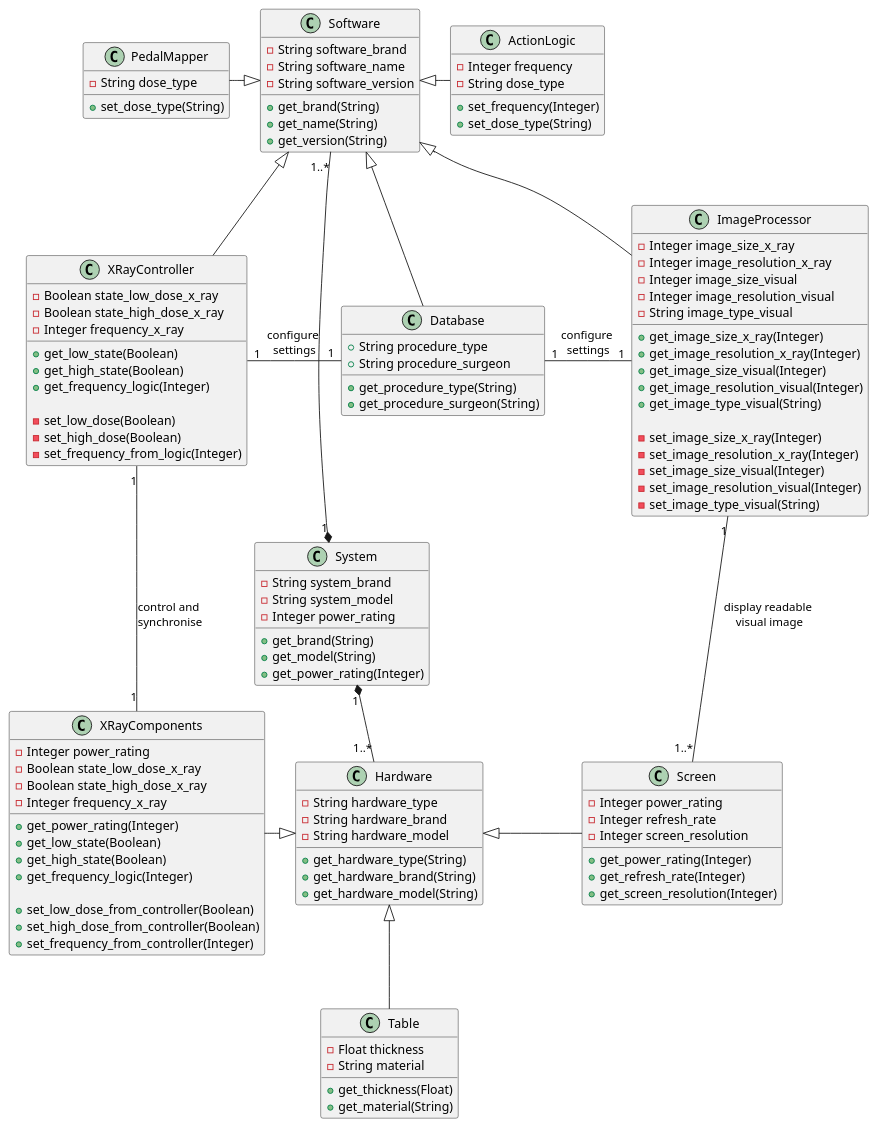
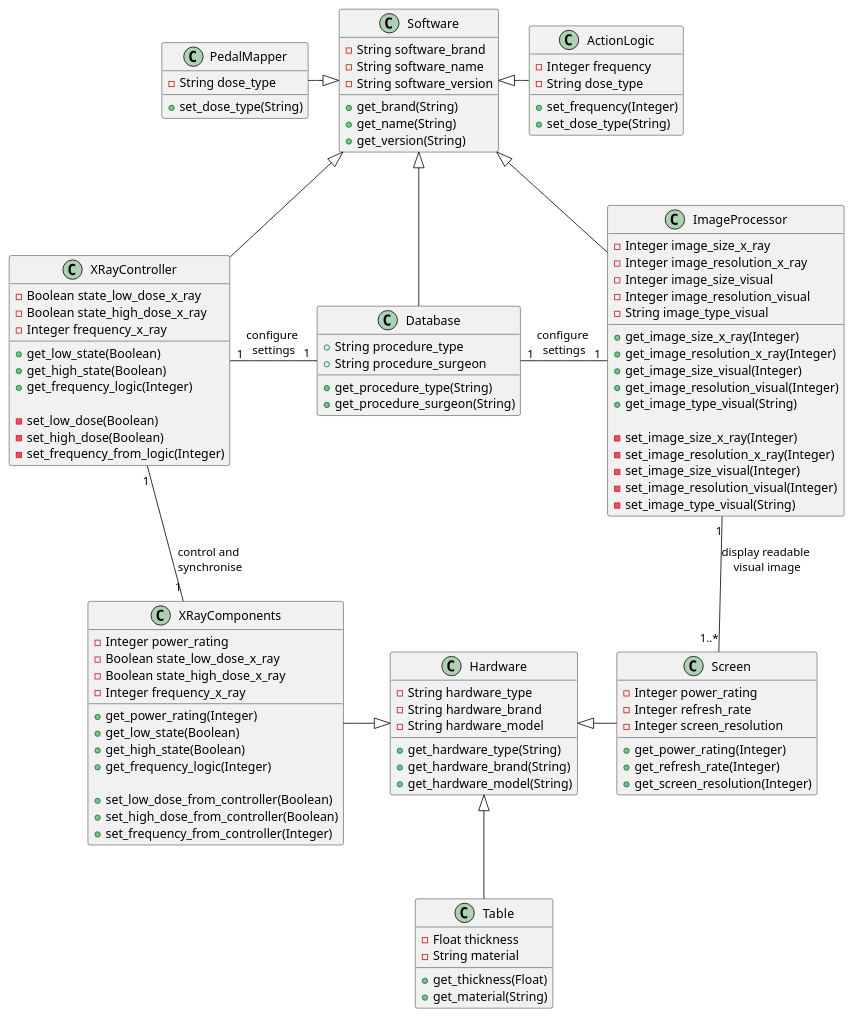
One commit to bartwc/SoftwareSystems changed the diagram in 4-uml/class-high-level.puml. Above: the diagram before and after it, drawn with PlantUML. The commit also changed 2 other files, not shown here.

```diff
--- a/4-uml/class-high-level.puml
+++ b/4-uml/class-high-level.puml
@@ -1,131 +1,121 @@
 @startuml class-high-level
-class System {
-    -String system_brand
-    -String system_model
-    -Integer power_rating
-    +get_brand(String)
-    +get_model(String)
-    +get_power_rating(Integer)
-}
 
 class Software {
     -String software_brand
     -String software_name
     -String software_version
     +get_brand(String)
     +get_name(String)
     +get_version(String)
 }
 
 class PedalMapper {
     -String dose_type
     +set_dose_type(String)
 }
 
 class ActionLogic {
     -Integer frequency
     -String dose_type
     +set_frequency(Integer)
     +set_dose_type(String)
 }
 
 class XRayController {
     - Boolean state_low_dose_x_ray
     - Boolean state_high_dose_x_ray
     - Integer frequency_x_ray
 
     +get_low_state(Boolean)
     +get_high_state(Boolean)
     +get_frequency_logic(Integer)
 
     -set_low_dose(Boolean)
     -set_high_dose(Boolean)
     -set_frequency_from_logic(Integer)
 }
 
 class ImageProcessor {
     -Integer image_size_x_ray
     -Integer image_resolution_x_ray
     -Integer image_size_visual
     -Integer image_resolution_visual
     -String image_type_visual
 
     +get_image_size_x_ray(Integer)
     +get_image_resolution_x_ray(Integer)
     +get_image_size_visual(Integer)
     +get_image_resolution_visual(Integer)
     +get_image_type_visual(String)
 
     -set_image_size_x_ray(Integer)
     -set_image_resolution_x_ray(Integer)
     -set_image_size_visual(Integer)
     -set_image_resolution_visual(Integer)
     -set_image_type_visual(String)
 }
 
 class Database {
    +String procedure_type
    +String procedure_surgeon
    +get_procedure_type(String)
    +get_procedure_surgeon(String)
 }
 
 class Hardware {
     -String hardware_type
     -String hardware_brand
     -String hardware_model
     +get_hardware_type(String)
     +get_hardware_brand(String)
     +get_hardware_model(String)
 }
 
 class XRayComponents {
     - Integer power_rating
     - Boolean state_low_dose_x_ray
     - Boolean state_high_dose_x_ray
     - Integer frequency_x_ray
 
     +get_power_rating(Integer)
     +get_low_state(Boolean)
     +get_high_state(Boolean)
     +get_frequency_logic(Integer)
 
     +set_low_dose_from_controller(Boolean)
     +set_high_dose_from_controller(Boolean)
     +set_frequency_from_controller(Integer)
 }
 
 class Table {
     -Float thickness
     -String material
     +get_thickness(Float)
     +get_material(String)
 }
 
 class Screen {
     -Integer power_rating
     -Integer refresh_rate
     -Integer screen_resolution
     +get_power_rating(Integer)
     +get_refresh_rate(Integer)
     +get_screen_resolution(Integer)
 }
 
-System "1" *-up- "1..*" Software
-System "1" *-right- "1..*" Hardware
 Software <|-down- Database
 Software <|-left- PedalMapper
 Software <|-right- ActionLogic
 Software <|-down- XRayController
 Software <|-down- ImageProcessor
 
 Hardware <|-left- XRayComponents
 Hardware <|-down- Table
 Hardware <|-right- Screen
 
 Database "1" -left- "1"XRayController : configure \nsettings
 Database "1" -right- "1"ImageProcessor : configure \nsettings
 XRayController "1" -- "1"XRayComponents : control and \nsynchronise
 ImageProcessor "1" -- "1..*"Screen : display readable \nvisual image
 
 @enduml
```
